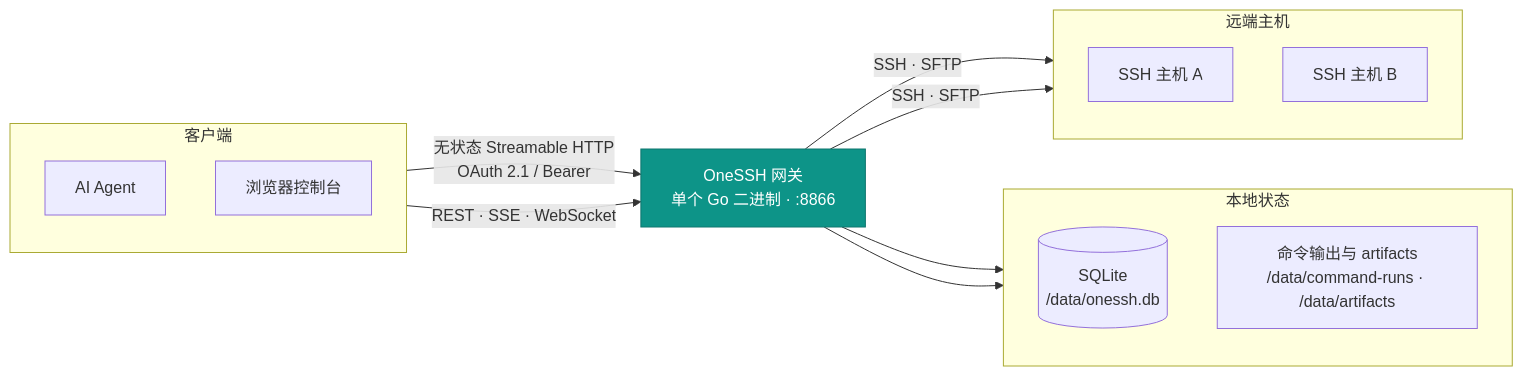
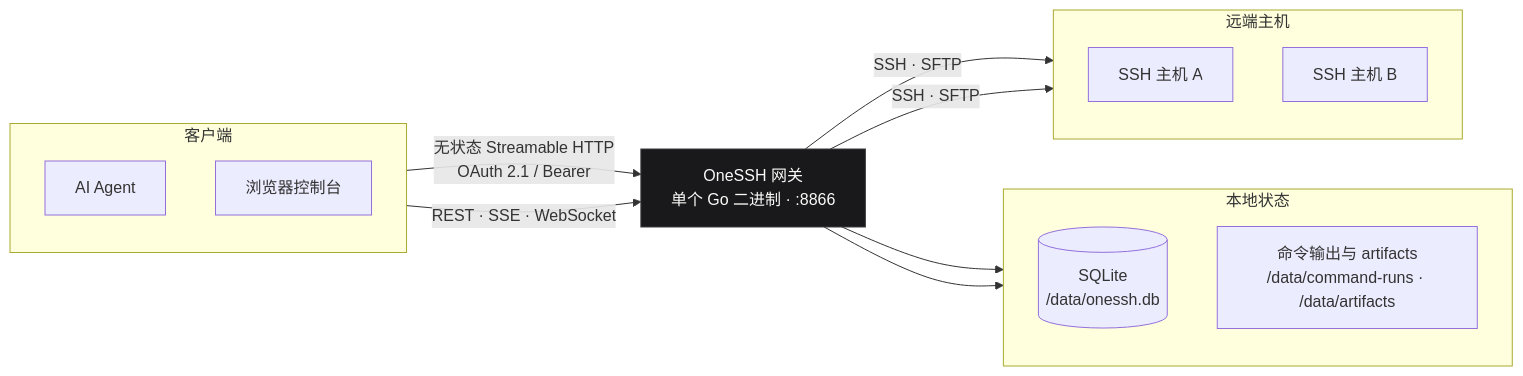
One commit to iqiuzixuan/OneSSH changed the diagram in README.md. Above: the diagram before and after it, drawn with Mermaid. The commit also changed other lines of this file and 146 other files, not shown here.

````diff
--- a/README.md
+++ b/README.md
@@ -77,32 +77,32 @@
 ```mermaid
 flowchart LR
     subgraph clients["客户端"]
         direction TB
         Agent["AI Agent"]
         Browser["浏览器控制台"]
     end
 
     Gateway["OneSSH 网关<br/>单个 Go 二进制 · :8866"]
 
     subgraph state["本地状态"]
         direction TB
         DB[("SQLite<br/>/data/onessh.db")]
         Art["命令输出与 artifacts<br/>/data/command-runs · /data/artifacts"]
     end
 
     subgraph remote["远端主机"]
         direction TB
         H1["SSH 主机 A"]
         H2["SSH 主机 B"]
     end
 
     Agent -->|"无状态 Streamable HTTP<br/>OAuth 2.1 / Bearer"| Gateway
     Browser -->|"REST · SSE · WebSocket"| Gateway
     Gateway --> DB
     Gateway --> Art
     Gateway -->|"SSH · SFTP"| H1
     Gateway -->|"SSH · SFTP"| H2
 
-    classDef gw fill:#0d9488,stroke:#0f766e,color:#ffffff
+    classDef gw fill:#19191b,stroke:#3a3a3e,color:#fafaf8
     class Gateway gw
 ```
````
